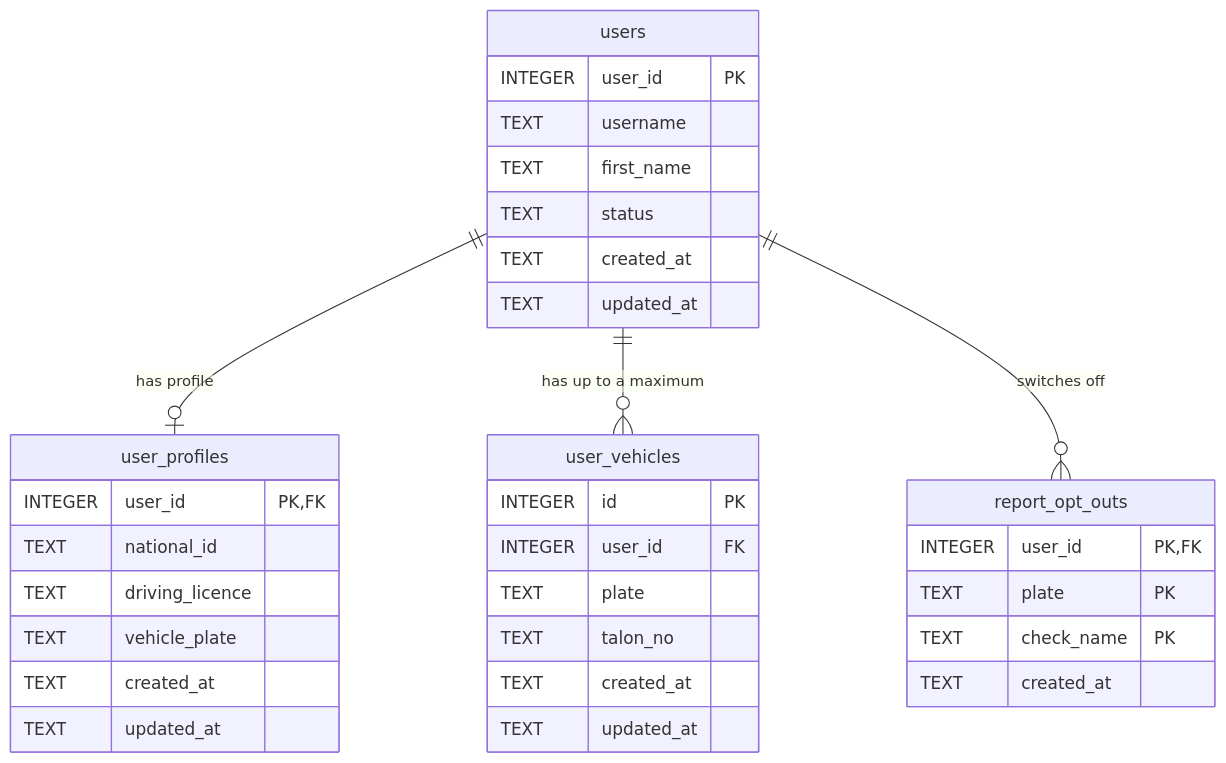
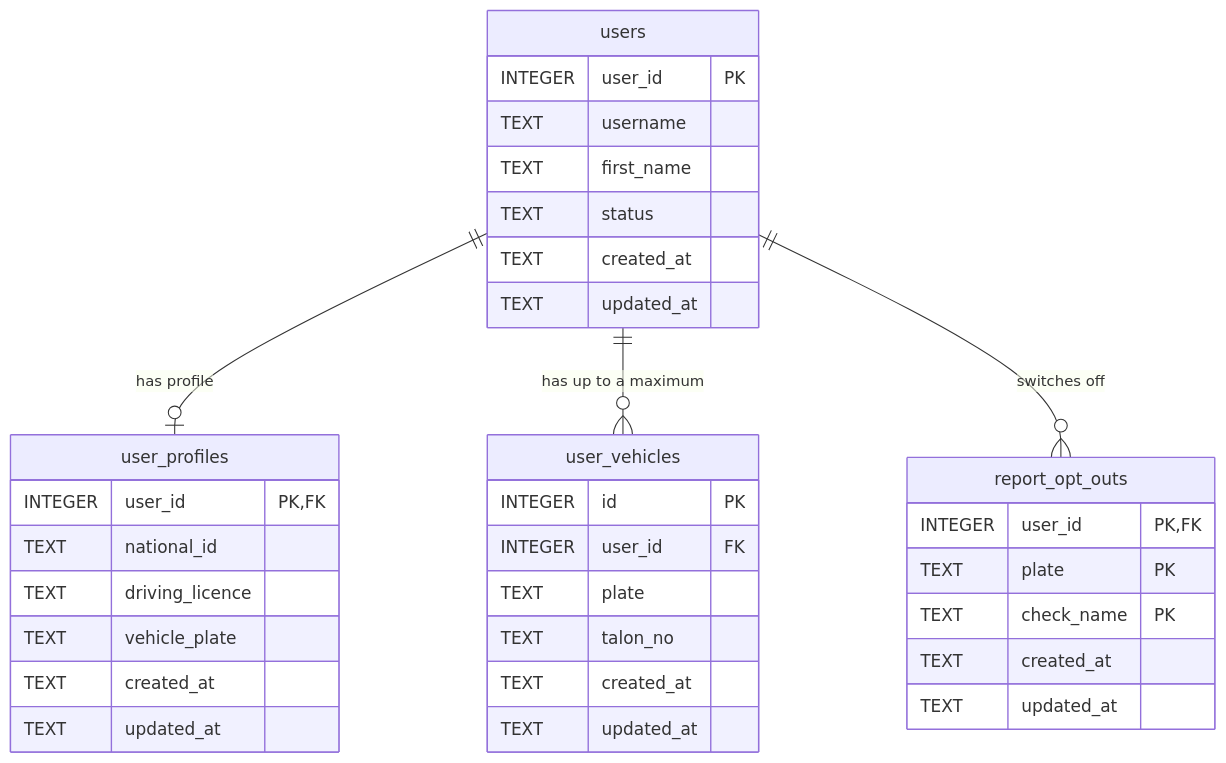
One commit to SecDevOpsPro/notify-telegram-bot changed the third of 9 diagrams in docs/plan.md. Above: the diagram before and after it, drawn with Mermaid. The commit also changed 2 other files, not shown here.

Commit message:
Added updated_at to the report_opt_outs table
Existing databases get the column through a one-off upgrade at startup,
marked for removal in the next PR.

````diff
--- a/docs/plan.md
+++ b/docs/plan.md
@@ -121,36 +121,37 @@
 ```mermaid
 erDiagram
     users {
         INTEGER user_id PK
         TEXT    username
         TEXT    first_name
         TEXT    status
         TEXT    created_at
         TEXT    updated_at
     }
     user_profiles {
         INTEGER user_id PK, FK
         TEXT    national_id
         TEXT    driving_licence
         TEXT    vehicle_plate
         TEXT    created_at
         TEXT    updated_at
     }
     user_vehicles {
         INTEGER id PK
         INTEGER user_id FK
         TEXT    plate
         TEXT    talon_no
         TEXT    created_at
         TEXT    updated_at
     }
     report_opt_outs {
         INTEGER user_id PK, FK
         TEXT    plate PK
         TEXT    check_name PK
         TEXT    created_at
+        TEXT    updated_at
     }
     users ||--o| user_profiles : "has profile"
     users ||--o{ user_vehicles : "has up to a maximum"
     users ||--o{ report_opt_outs : "switches off"
 ```
````
